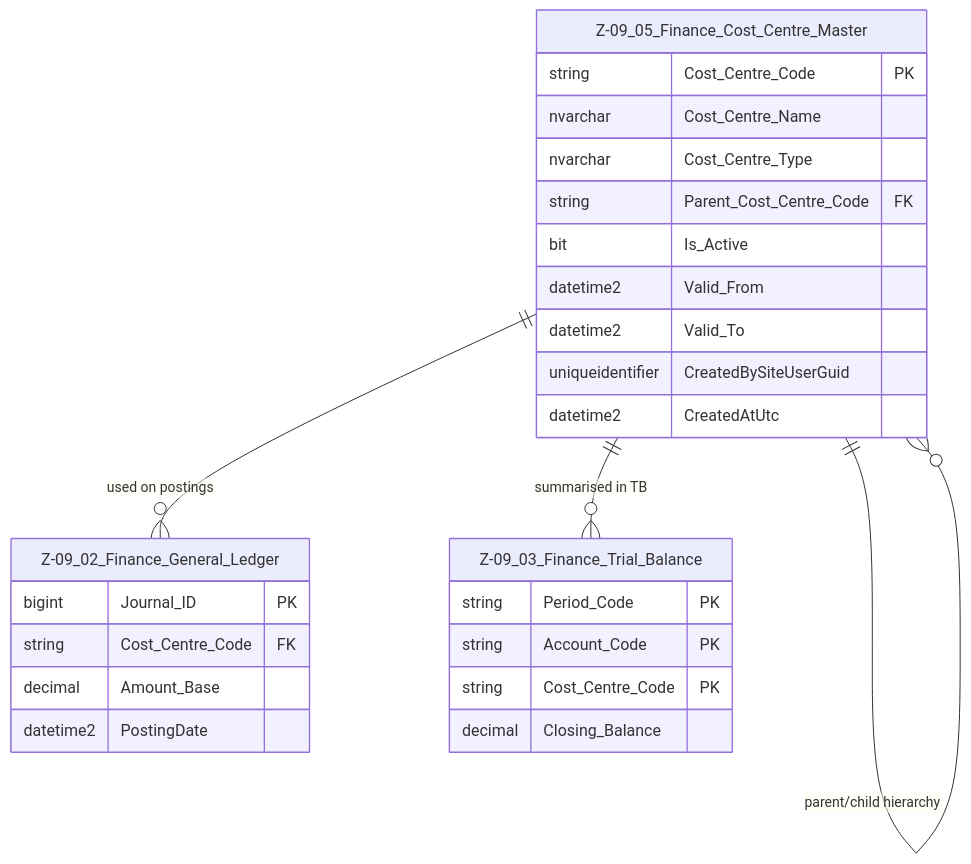
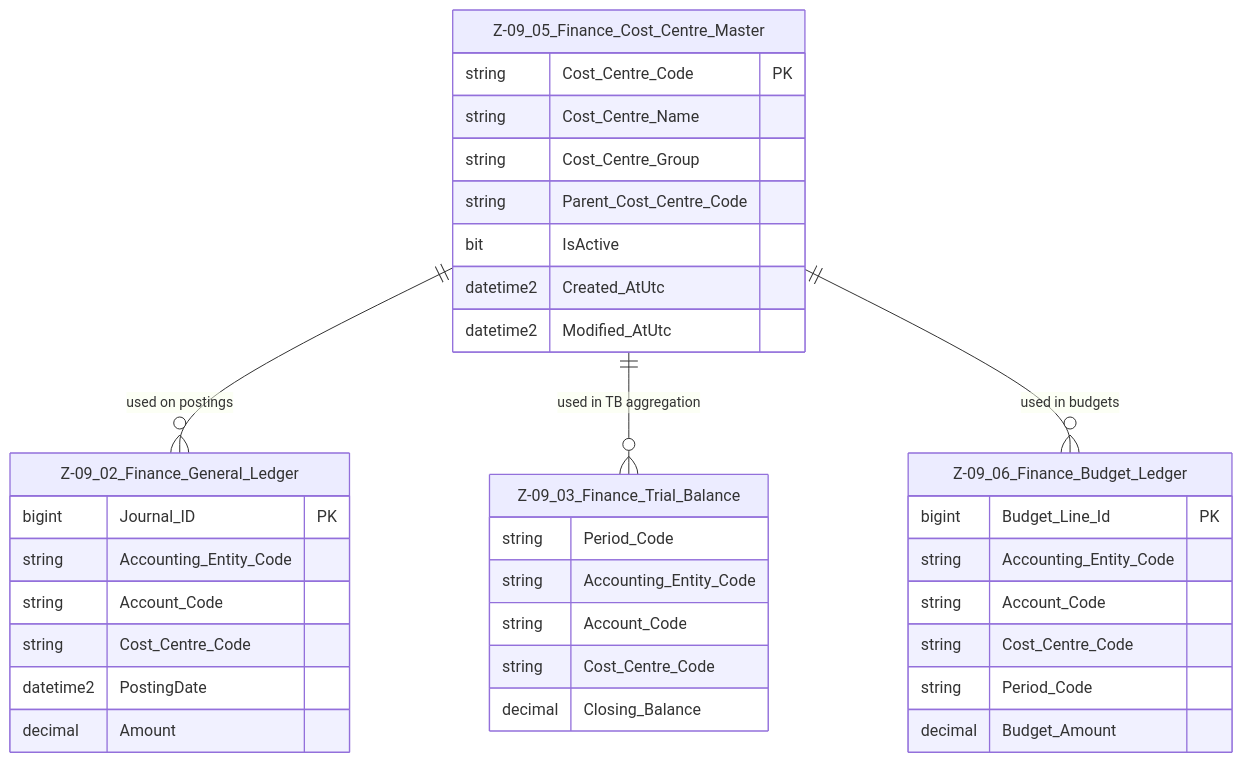
Before and after one commit to NeilWP/SUSTINA_CAB: the diagram in 100 DATA MODELLING/Z- Data Entites/Finance Domain/Z-09.05 Finance_Cost_Centre_Master.md, drawn with Mermaid. The commit also changed other lines of this file and 7 other files, not shown here.

Commit message:
Updating ERD for FINANCE  Domain

````diff
--- a/100 DATA MODELLING/Z- Data Entites/Finance Domain/Z-09.05 Finance_Cost_Centre_Master.md
+++ b/100 DATA MODELLING/Z- Data Entites/Finance Domain/Z-09.05 Finance_Cost_Centre_Master.md
@@ -22,41 +45,58 @@
 ```mermaid
 erDiagram
+
     %% ===========================
-    %% FOCAL ENTITY: COST CENTRE MASTER
+    %% COST CENTRE MASTER
     %% ===========================
     Z-09_05_Finance_Cost_Centre_Master {
         string Cost_Centre_Code PK
-        nvarchar Cost_Centre_Name
-        nvarchar Cost_Centre_Type
-        string Parent_Cost_Centre_Code FK
-        bit Is_Active
-        datetime2 Valid_From
-        datetime2 Valid_To
-        uniqueidentifier CreatedBySiteUserGuid
-        datetime2 CreatedAtUtc
+        string Cost_Centre_Name
+        string Cost_Centre_Group
+        string Parent_Cost_Centre_Code
+        bit IsActive
+        datetime2 Created_AtUtc
+        datetime2 Modified_AtUtc
     }
 
     %% ===========================
-    %% DIRECT REFERENCES (STUBS)
+    %% GENERAL LEDGER
     %% ===========================
     Z-09_02_Finance_General_Ledger {
         bigint Journal_ID PK
-        string Cost_Centre_Code FK
-        decimal Amount_Base
+        string Accounting_Entity_Code
+        string Account_Code
+        string Cost_Centre_Code
         datetime2 PostingDate
+        decimal Amount
     }
 
+    %% ===========================
+    %% TRIAL BALANCE
+    %% ===========================
     Z-09_03_Finance_Trial_Balance {
-        string Period_Code PK
-        string Account_Code PK
-        string Cost_Centre_Code PK
+        string Period_Code
+        string Accounting_Entity_Code
+        string Account_Code
+        string Cost_Centre_Code
         decimal Closing_Balance
+    }
+
+    %% ===========================
+    %% BUDGET LEDGER
+    %% ===========================
+    Z-09_06_Finance_Budget_Ledger {
+        bigint Budget_Line_Id PK
+        string Accounting_Entity_Code
+        string Account_Code
+        string Cost_Centre_Code
+        string Period_Code
+        decimal Budget_Amount
     }
 
     %% ===========================
     %% RELATIONSHIPS (ONE TIER)
     %% ===========================
     Z-09_05_Finance_Cost_Centre_Master ||--o{ Z-09_02_Finance_General_Ledger : "used on postings"
-    Z-09_05_Finance_Cost_Centre_Master ||--o{ Z-09_03_Finance_Trial_Balance : "summarised in TB"
-    Z-09_05_Finance_Cost_Centre_Master ||--o{ Z-09_05_Finance_Cost_Centre_Master : "parent/child hierarchy"
+    Z-09_05_Finance_Cost_Centre_Master ||--o{ Z-09_03_Finance_Trial_Balance : "used in TB aggregation"
+    Z-09_05_Finance_Cost_Centre_Master ||--o{ Z-09_06_Finance_Budget_Ledger : "used in budgets"
 ```
````
